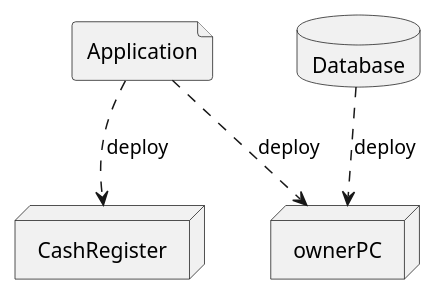
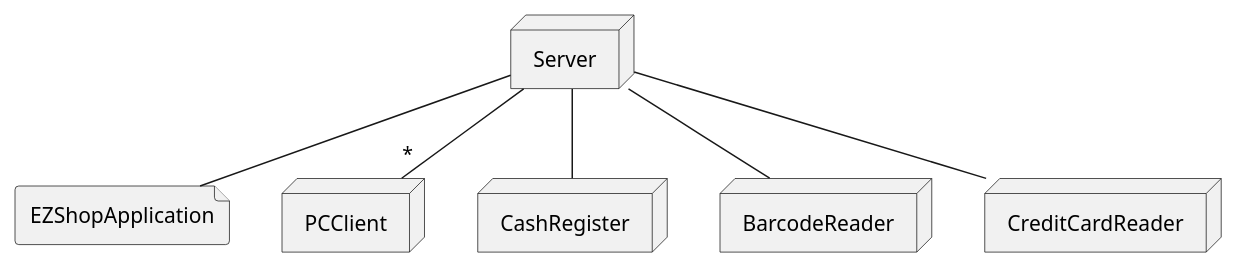
Before and after one commit to b3xul/ezshop: the fourth of 4 diagrams in Deliverables/RequirementsDocument.md, drawn with PlantUML. The commit also changed other lines of this file and 1 other file, not shown here.

````diff
--- a/Deliverables/RequirementsDocument.md
+++ b/Deliverables/RequirementsDocument.md
@@ -454,12 +565,16 @@
 ```plantuml
 @startuml
-file Application
-database Database
-node ownerPC
+file EZShopApplication
+node Server
+node PCClient
 node CashRegister
+node BarcodeReader
+node CreditCardReader
 
-Application ..> ownerPC : deploy
-Application ..> CashRegister : deploy
-Database ..> ownerPC : deploy
+Server -- "*"PCClient 
+Server -- EZShopApplication 
+Server -- CashRegister
+Server -- BarcodeReader
+Server -- CreditCardReader
 @enduml
 ```
````
